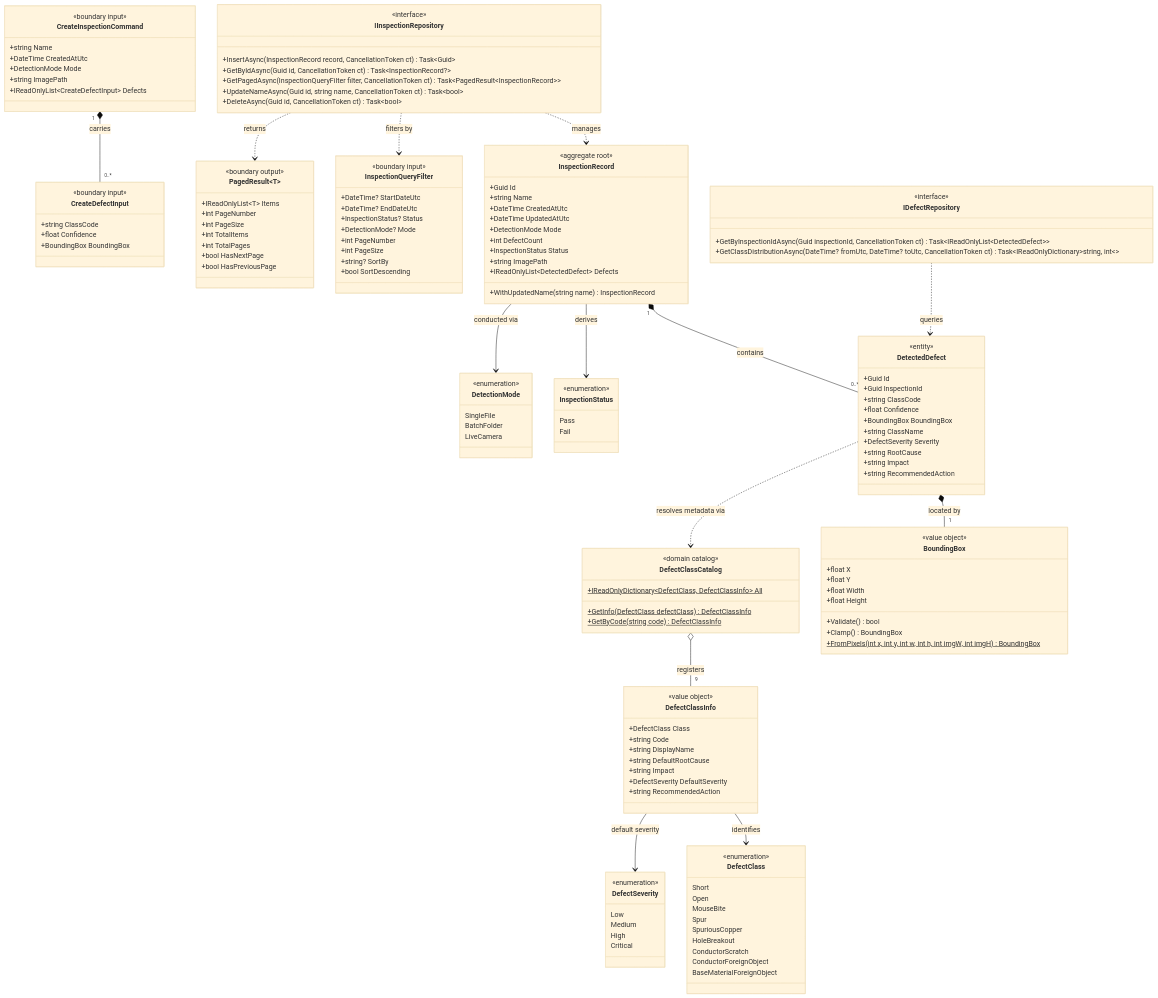
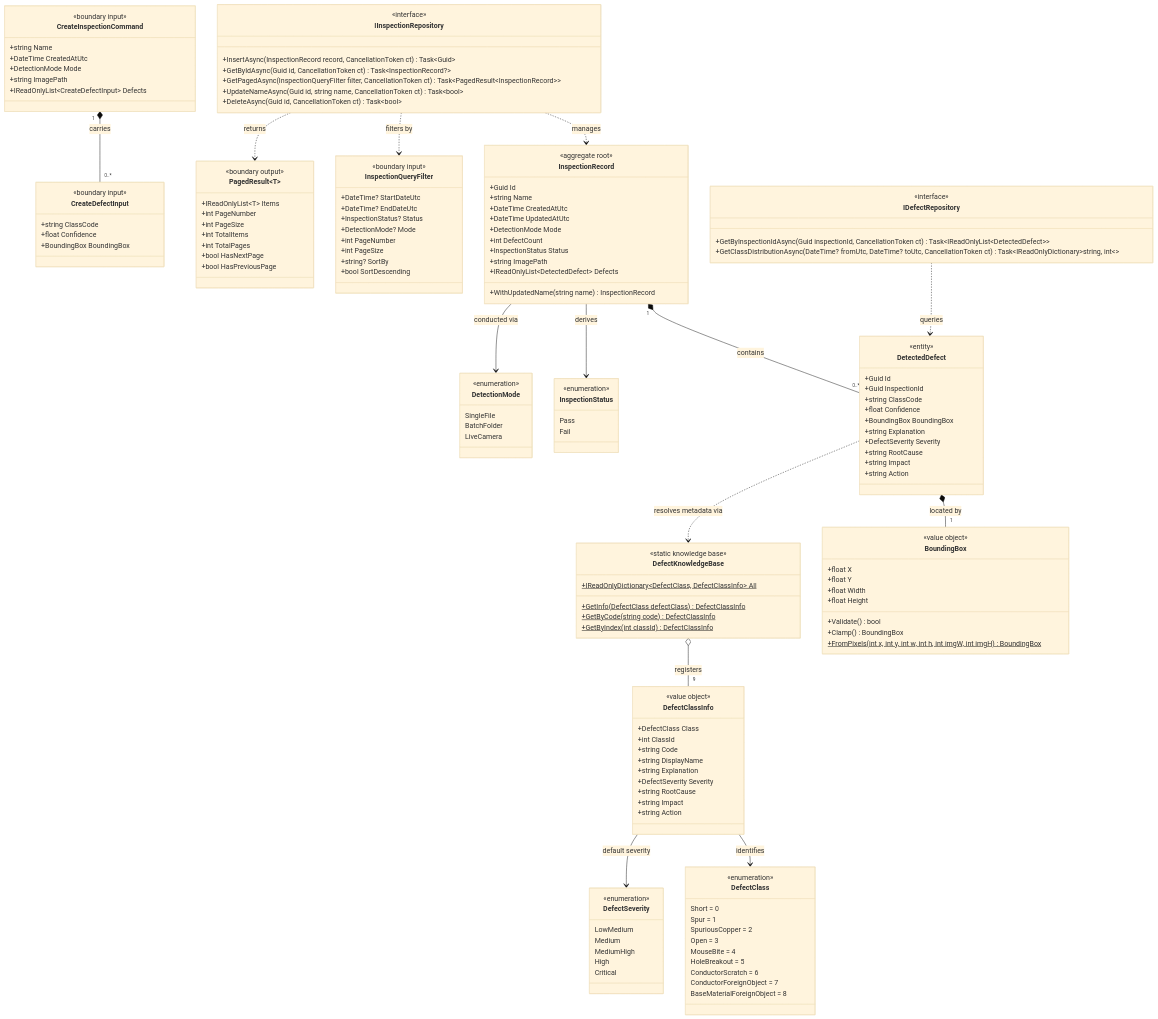
The diagram in specs/2026-11-10-domain-models-database-persistence/resources/domain-model.md (ricky-kiva/pcb-deftek), drawn with Mermaid (base theme) before and after one commit. The commit also changed other lines of this file and 4 other files, not shown here.

First line of the commit message:
docs(specs): integrate static DefectKnowledgeBase with CLASS_NAMES and DEFECT_KB

```diff
--- a/specs/2026-11-10-domain-models-database-persistence/resources/domain-model.md
+++ b/specs/2026-11-10-domain-models-database-persistence/resources/domain-model.md
@@ -9,21 +9,22 @@
     %% Enums
     class DefectClass {
         <<enumeration>>
-        Short
-        Open
-        MouseBite
-        Spur
-        SpuriousCopper
-        HoleBreakout
-        ConductorScratch
-        ConductorForeignObject
-        BaseMaterialForeignObject
+        Short = 0
+        Spur = 1
+        SpuriousCopper = 2
+        Open = 3
+        MouseBite = 4
+        HoleBreakout = 5
+        ConductorScratch = 6
+        ConductorForeignObject = 7
+        BaseMaterialForeignObject = 8
     }
 
     class DefectSeverity {
         <<enumeration>>
-        Low
+        LowMedium
         Medium
+        MediumHigh
         High
         Critical
     }
@@ -56,19 +57,22 @@
     class DefectClassInfo {
         <<value object>>
         +DefectClass Class
+        +int ClassId
         +string Code
         +string DisplayName
-        +string DefaultRootCause
+        +string Explanation
+        +DefectSeverity Severity
+        +string RootCause
         +string Impact
-        +DefectSeverity DefaultSeverity
-        +string RecommendedAction
+        +string Action
     }
 
-    class DefectClassCatalog {
-        <<domain catalog>>
+    class DefectKnowledgeBase {
+        <<static knowledge base>>
         +IReadOnlyDictionary~DefectClass, DefectClassInfo~ All$
         +GetInfo(DefectClass defectClass)$ DefectClassInfo
         +GetByCode(string code)$ DefectClassInfo
+        +GetByIndex(int classId)$ DefectClassInfo
     }
 
     %% Entities & Aggregates
@@ -79,11 +83,11 @@
         +string ClassCode
         +float Confidence
         +BoundingBox BoundingBox
-        +string ClassName
+        +string Explanation
         +DefectSeverity Severity
         +string RootCause
         +string Impact
-        +string RecommendedAction
+        +string Action
     }
 
     class InspectionRecord {
@@ -161,8 +165,8 @@
     InspectionRecord --> InspectionStatus : derives
     InspectionRecord --> DetectionMode : conducted via
     DetectedDefect *-- "1" BoundingBox : located by
-    DetectedDefect ..> DefectClassCatalog : resolves metadata via
-    DefectClassCatalog o-- "9" DefectClassInfo : registers
+    DetectedDefect ..> DefectKnowledgeBase : resolves metadata via
+    DefectKnowledgeBase o-- "9" DefectClassInfo : registers
     DefectClassInfo --> DefectClass : identifies
     DefectClassInfo --> DefectSeverity : default severity
 
```
